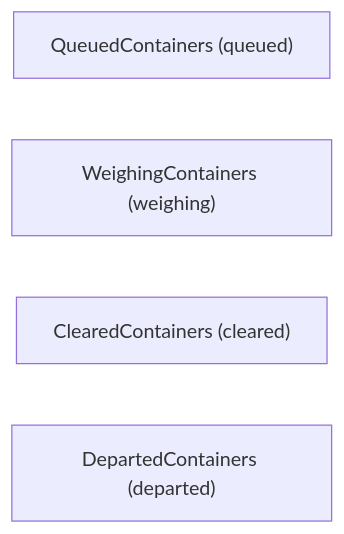
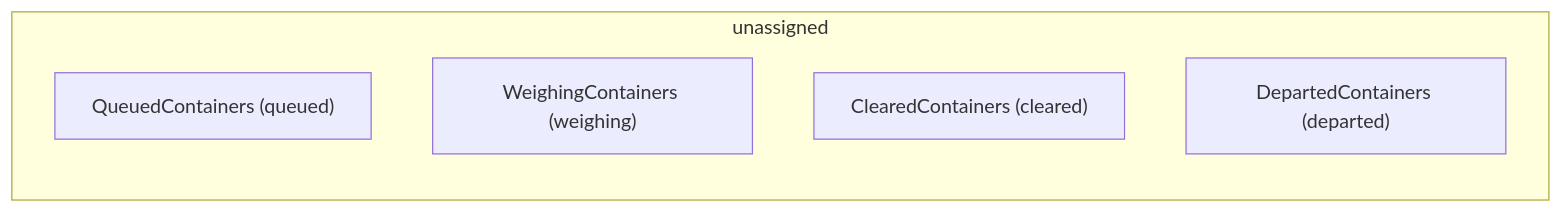
Before and after one commit to opensourcedruidhills/muscovite-harbor: the diagram in generated/docs/dependency-graph.md, drawn with Mermaid. The commit also changed 1295 other files, not shown here.

````diff
--- a/generated/docs/dependency-graph.md
+++ b/generated/docs/dependency-graph.md
@@ -3,7 +3,9 @@
 ```mermaid
 graph LR
-  QueuedContainers["QueuedContainers (queued)"]
-  WeighingContainers["WeighingContainers (weighing)"]
-  ClearedContainers["ClearedContainers (cleared)"]
-  DepartedContainers["DepartedContainers (departed)"]
+  subgraph unassigned
+    intermodal_transfer_gate_processing_queued_containers["QueuedContainers (queued)"]
+    intermodal_transfer_gate_processing_weighing_containers["WeighingContainers (weighing)"]
+    intermodal_transfer_gate_processing_cleared_containers["ClearedContainers (cleared)"]
+    intermodal_transfer_gate_processing_departed_containers["DepartedContainers (departed)"]
+  end
 ```
````
